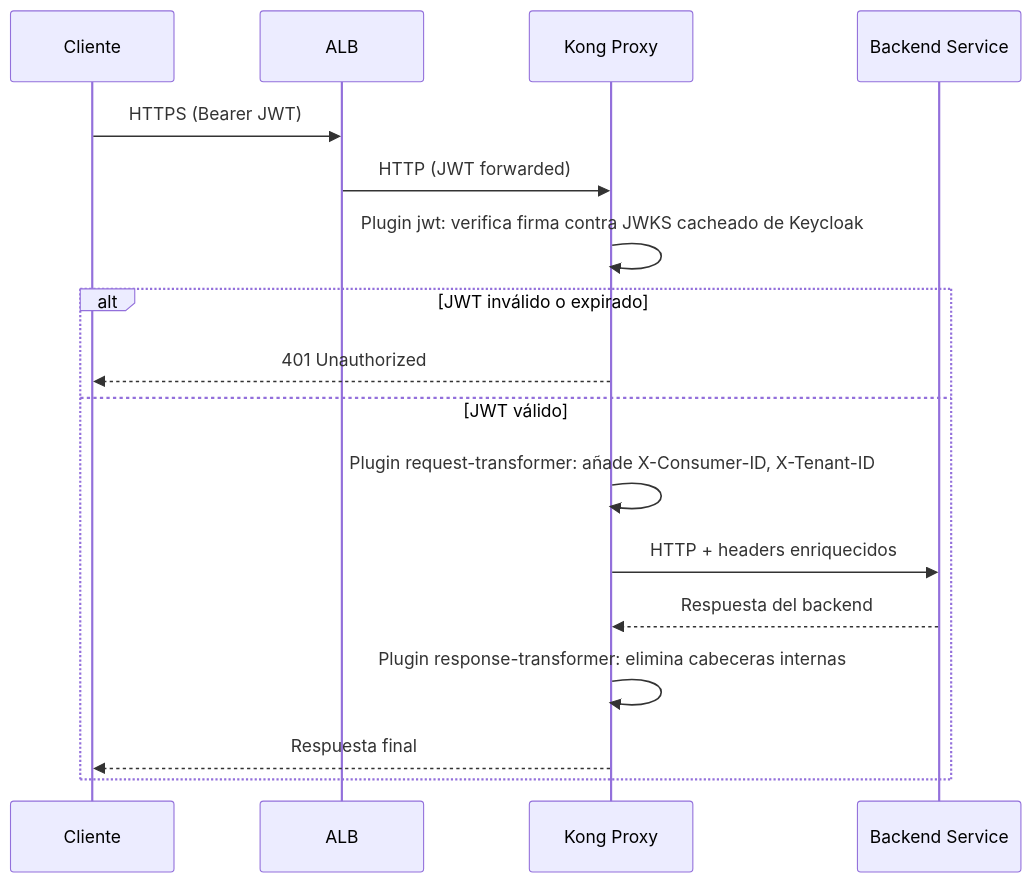
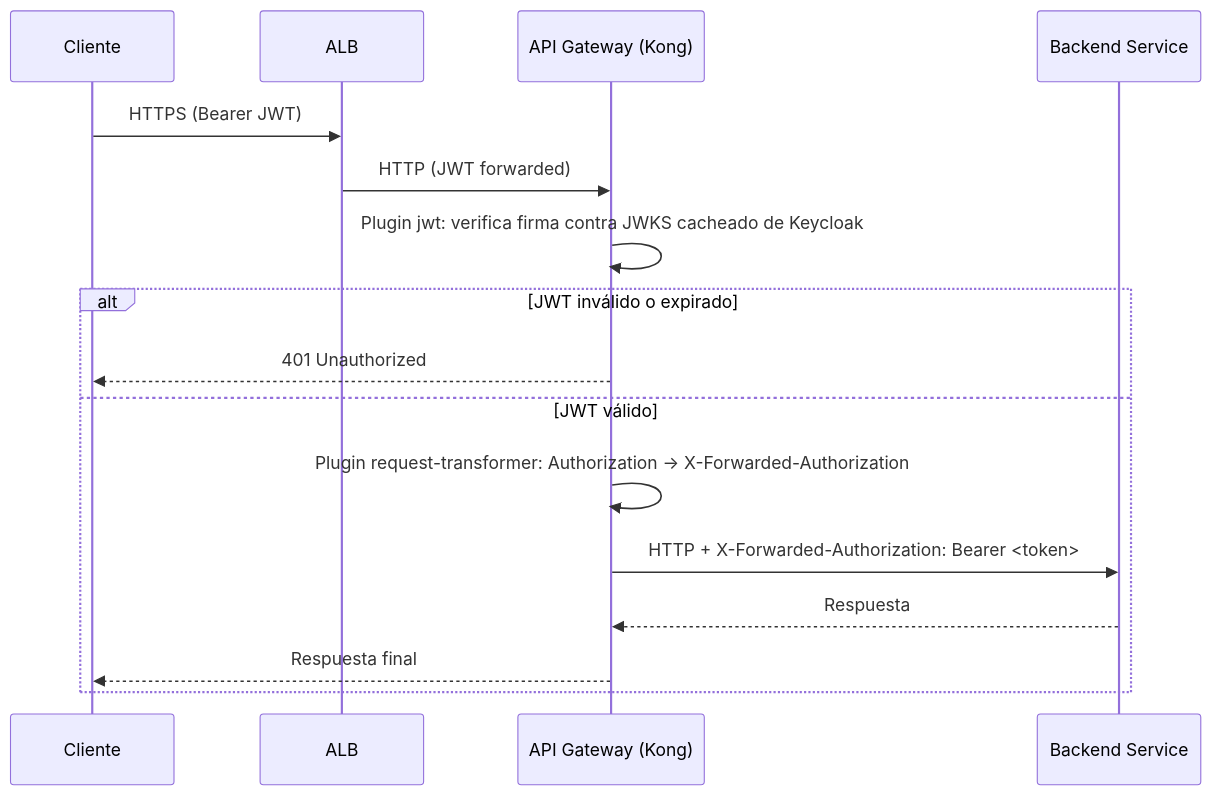
One commit to jclemente-tlm/tlm-doc-architecture changed the first of 3 diagrams in docs/plataforma-corporativa/plataforma-de-integracion/api-gateway/06-vista-tiempo-ejecucion.md. Above: the diagram before and after it, drawn with Mermaid. The commit also changed other lines of this file and 5 other files, not shown here.

````diff
--- a/docs/plataforma-corporativa/plataforma-de-integracion/api-gateway/06-vista-tiempo-ejecucion.md
+++ b/docs/plataforma-corporativa/plataforma-de-integracion/api-gateway/06-vista-tiempo-ejecucion.md
@@ -11,20 +11,19 @@
 ```mermaid
 sequenceDiagram
     participant C as Cliente
     participant ALB as ALB
-    participant K as Kong Proxy
+    participant K as API Gateway (Kong)
     participant B as Backend Service
 
     C->>ALB: HTTPS (Bearer JWT)
     ALB->>K: HTTP (JWT forwarded)
     K->>K: Plugin jwt: verifica firma contra JWKS cacheado de Keycloak
     alt JWT inválido o expirado
         K-->>C: 401 Unauthorized
     else JWT válido
-        K->>K: Plugin request-transformer: añade X-Consumer-ID, X-Tenant-ID
-        K->>B: HTTP + headers enriquecidos
-        B-->>K: Respuesta del backend
-        K->>K: Plugin response-transformer: elimina cabeceras internas
+        K->>K: Plugin request-transformer: Authorization → X-Forwarded-Authorization
+        K->>B: HTTP + X-Forwarded-Authorization: Bearer <token>
+        B-->>K: Respuesta
         K-->>C: Respuesta final
     end
 ```
````
